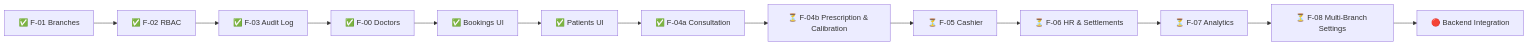
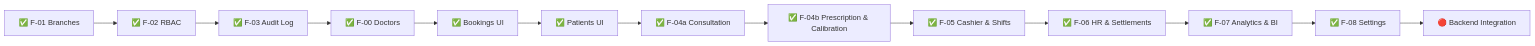
One commit to osama-Hassan20/nabd changed the first of 2 diagrams in docs/plans/handover/WHAT_IS_MISSING.md. Above: the diagram before and after it, drawn with Mermaid. The commit also changed other lines of this file and 2 other files, not shown here.

````diff
--- a/docs/plans/handover/WHAT_IS_MISSING.md
+++ b/docs/plans/handover/WHAT_IS_MISSING.md
@@ -15,15 +16,15 @@
 ```mermaid
 flowchart LR
     A["✅ F-01 Branches"] --> B["✅ F-02 RBAC"]
     B --> C["✅ F-03 Audit Log"]
     C --> D["✅ F-00 Doctors"]
     D --> E["✅ Bookings UI"]
     E --> F["✅ Patients UI"]
     F --> G["✅ F-04a Consultation"]
-    G --> H["⏳ F-04b Prescription & Calibration"]
-    H --> I["⏳ F-05 Cashier"]
-    I --> J["⏳ F-06 HR & Settlements"]
-    J --> K["⏳ F-07 Analytics"]
-    K --> L["⏳ F-08 Multi-Branch Settings"]
+    G --> H["✅ F-04b Prescription & Calibration"]
+    H --> I["✅ F-05 Cashier & Shifts"]
+    I --> J["✅ F-06 HR & Settlements"]
+    J --> K["✅ F-07 Analytics & BI"]
+    K --> L["✅ F-08 Settings"]
     L --> M["🔴 Backend Integration"]
 ```
````
